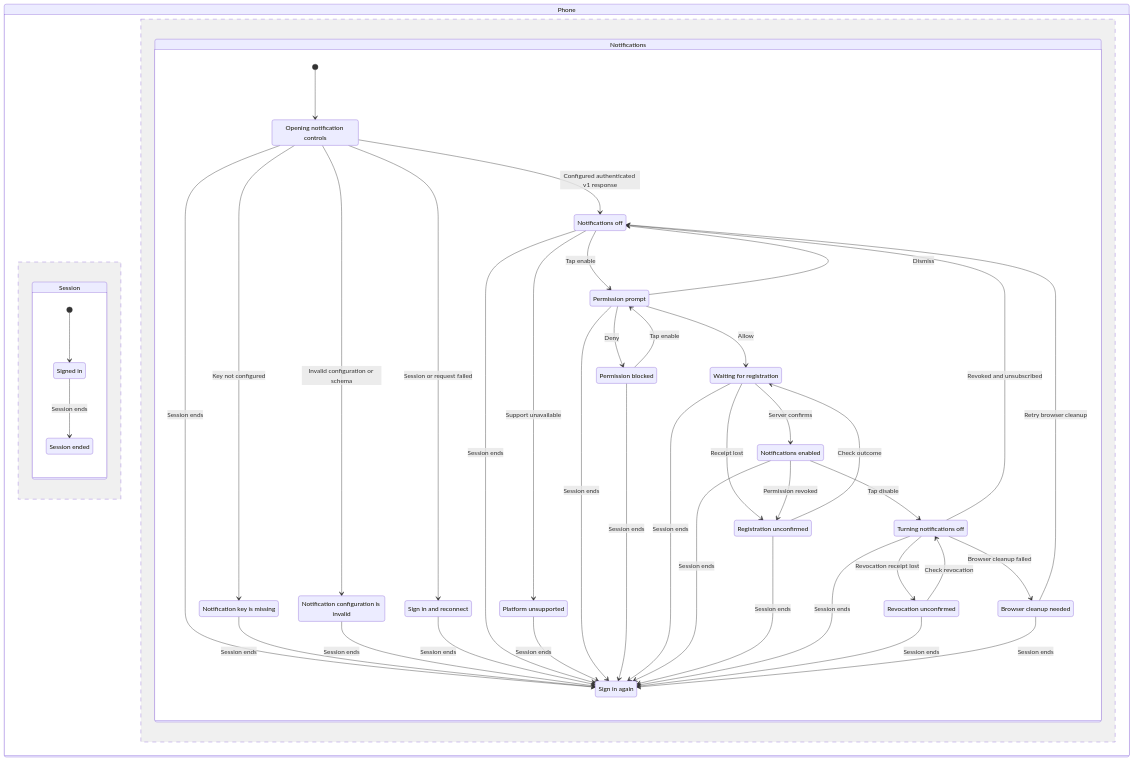
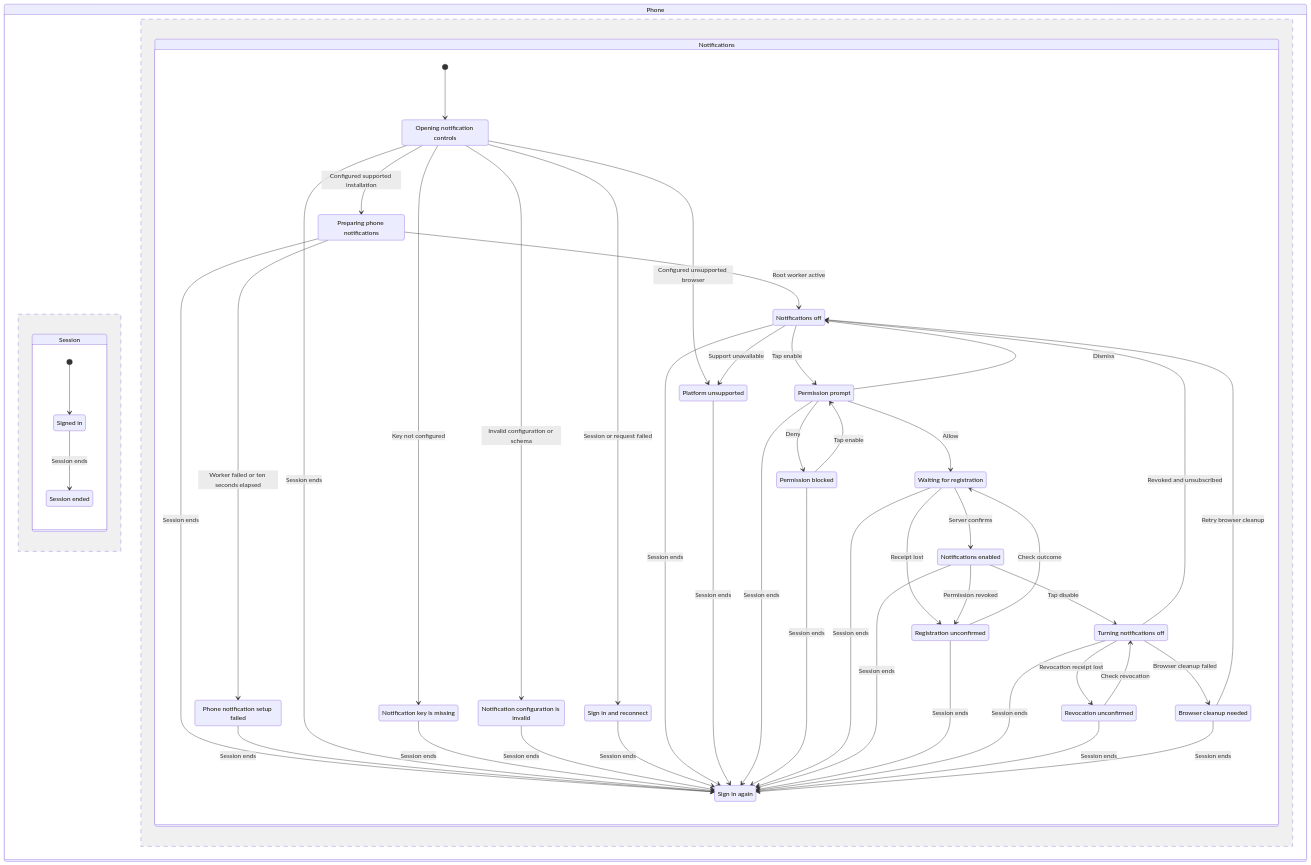
Before and after one commit to jbookout/doctorcre-app: the diagram in docs/statecharts/phone-push.mmd, drawn with Mermaid. The commit also changed 2 other files, not shown here.

Commit message:
fix(push): activate the root worker before enabling phone notifications
Prepare the worker on Updates so a fresh Home Screen installation does not
wait forever for a registration created only by visiting Deal Room.
Show setup failures and bound activation to ten seconds.

Card: WR617.S1.J292

```diff
--- a/docs/statecharts/phone-push.mmd
+++ b/docs/statecharts/phone-push.mmd
@@ -1,65 +1,72 @@
 stateDiagram-v2
     state Phone {
       state Session {
         state "Signed in" as SignedIn
         state "Session ended" as SignedOut
         [*] --> SignedIn
         SignedIn --> SignedOut: Session ends
       }
       --
       state Notifications {
         state "Notifications off" as Off
         state "Platform unsupported" as Unsupported
         state "Permission prompt" as Prompting
         state "Permission blocked" as Denied
         state "Waiting for registration" as Registering
         state "Notifications enabled" as Enabled
         state "Registration unconfirmed" as Unconfirmed
         state "Turning notifications off" as Revoking
         state "Revocation unconfirmed" as RevokeUnknown
         state "Browser cleanup needed" as Cleanup
         state "Sign in again" as Retired
         state "Opening notification controls" as Loading
+        state "Preparing phone notifications" as Preparing
+        state "Phone notification setup failed" as SetupFailed
         state "Notification key is missing" as Missing
         state "Notification configuration is invalid" as Invalid
         state "Sign in and reconnect" as Reconnect
         [*] --> Loading
-        Loading --> Off: Configured authenticated v1 response
+        Loading --> Preparing: Configured supported installation
+        Loading --> Unsupported: Configured unsupported browser
+        Preparing --> Off: Root worker active
+        Preparing --> SetupFailed: Worker failed or ten seconds elapsed
+        Preparing --> Retired: Session ends
+        SetupFailed --> Retired: Session ends
         Loading --> Missing: Key not configured
         Loading --> Invalid: Invalid configuration or schema
         Loading --> Reconnect: Session or request failed
         Loading --> Retired: Session ends
         Missing --> Retired: Session ends
         Invalid --> Retired: Session ends
         Reconnect --> Retired: Session ends
         Off --> Unsupported: Support unavailable
         Off --> Prompting: Tap enable
         Prompting --> Registering: Allow
         Prompting --> Denied: Deny
         Prompting --> Off: Dismiss
         Denied --> Prompting: Tap enable
         Registering --> Enabled: Server confirms
         Registering --> Unconfirmed: Receipt lost
         Unconfirmed --> Registering: Check outcome
         Enabled --> Revoking: Tap disable
         Revoking --> RevokeUnknown: Revocation receipt lost
         RevokeUnknown --> Revoking: Check revocation
         Revoking --> Off: Revoked and unsubscribed
         Revoking --> Cleanup: Browser cleanup failed
         Cleanup --> Off: Retry browser cleanup
         Enabled --> Unconfirmed: Permission revoked
         Off --> Retired: Session ends
         Unsupported --> Retired: Session ends
         Prompting --> Retired: Session ends
         Denied --> Retired: Session ends
         Registering --> Retired: Session ends
         Enabled --> Retired: Session ends
         Unconfirmed --> Retired: Session ends
         Revoking --> Retired: Session ends
         RevokeUnknown --> Retired: Session ends
         Cleanup --> Retired: Session ends
       }
     }
     %% never SignedOutEnabled: Session ended & Notifications enabled -- A closed session never shows enabled
     %% never SignedOutRegistering: Session ended & Waiting for registration -- A closed session cannot register
     %% never SignedOutRevoking: Session ended & Turning notifications off -- A closed session cannot start a write
```
